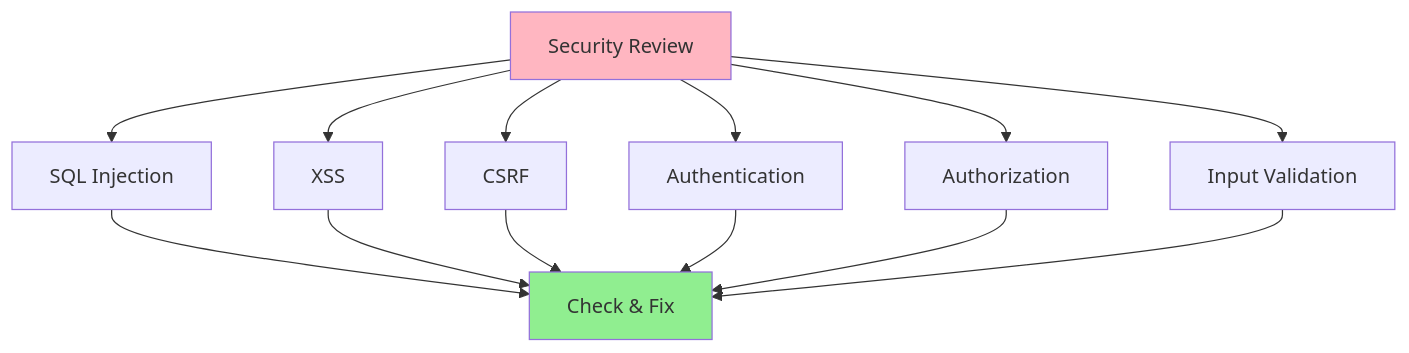
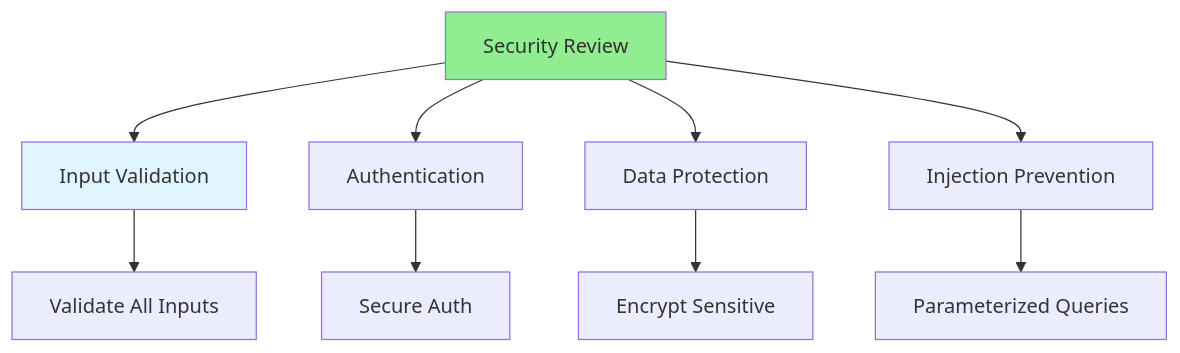
One commit to iouthnamain/tech-note changed the diagram in Full-Stack-Guides/Group-08-Code-Review/08.05_Security_Review.md. Above: the diagram before and after it, drawn with Mermaid. The commit also changed other lines of this file and 480 other files, not shown here.

````diff
--- a/Full-Stack-Guides/Group-08-Code-Review/08.05_Security_Review.md
+++ b/Full-Stack-Guides/Group-08-Code-Review/08.05_Security_Review.md
@@ -22,19 +22,15 @@
 ```mermaid
 graph TD
-    Security[Security Review] --> Injection[SQL Injection]
-    Security --> XSS[XSS]
-    Security --> CSRF[CSRF]
+    Security[Security Review] --> Input[Input Validation]
     Security --> Auth[Authentication]
-    Security --> Authz[Authorization]
-    Security --> Validation[Input Validation]
+    Security --> Data[Data Protection]
+    Security --> Injection[Injection Prevention]
     
-    Injection --> Check[Check & Fix]
-    XSS --> Check
-    CSRF --> Check
-    Auth --> Check
-    Authz --> Check
-    Validation --> Check
+    Input --> Validate[Validate All Inputs]
+    Auth --> Secure[Secure Auth]
+    Data --> Encrypt[Encrypt Sensitive]
+    Injection --> Parameterized[Parameterized Queries]
     
-    style Security fill:#FFB6C1
-    style Check fill:#90EE90
+    style Security fill:#90EE90
+    style Input fill:#e1f5ff
 ```
````
